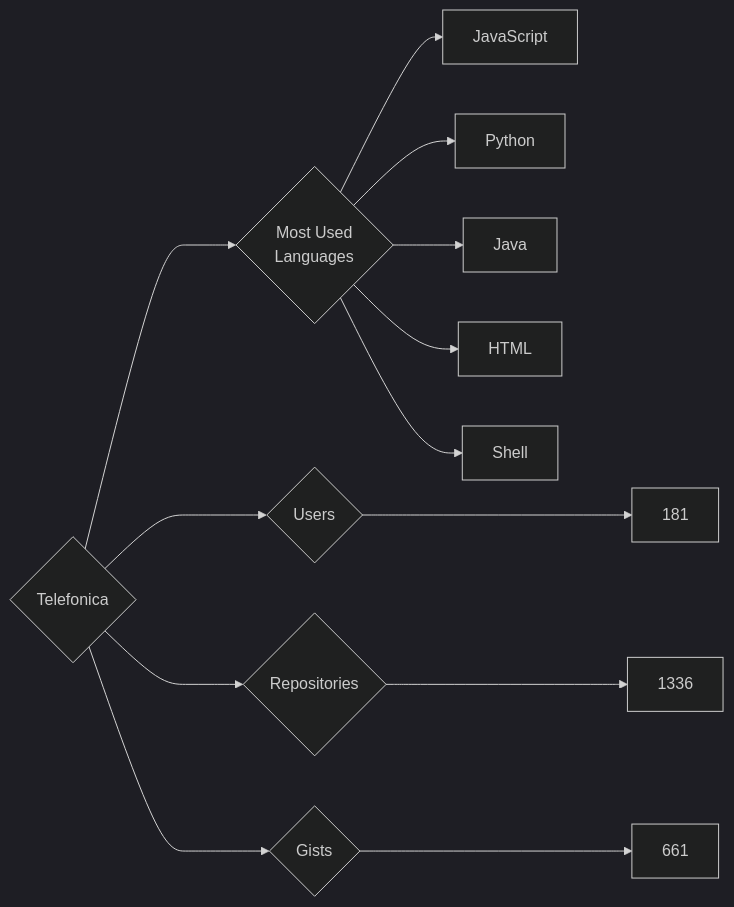
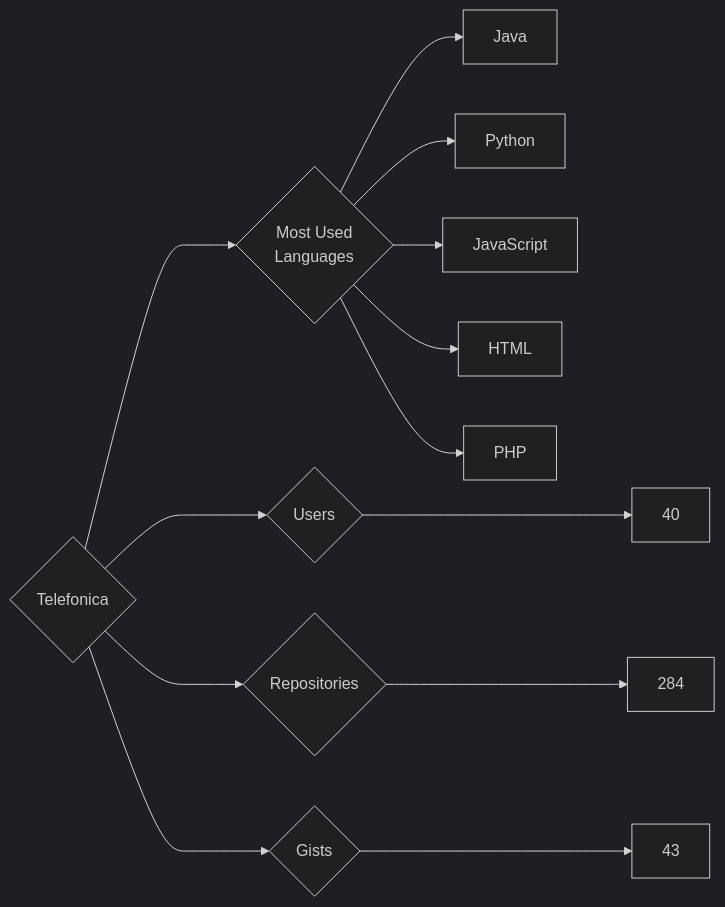
One commit to trickest/insiders changed the diagram in targets/Telefonica/README.md. Above: the diagram before and after it, drawn with Mermaid (dark theme). The commit also changed 829 other files, not shown here.

````diff
--- a/targets/Telefonica/README.md
+++ b/targets/Telefonica/README.md
@@ -3,13 +3,13 @@
 ```mermaid
 graph LR
 COMPANY_NAME{Telefonica}
-COMPANY_NAME ---> U{Users} ---> UN[181]
-COMPANY_NAME ---> R{Repositories} ---> RN[1336]
-COMPANY_NAME ---> G{Gists} ---> GN[661]
+COMPANY_NAME ---> U{Users} ---> UN[40]
+COMPANY_NAME ---> R{Repositories} ---> RN[284]
+COMPANY_NAME ---> G{Gists} ---> GN[43]
 COMPANY_NAME ---> ML{Most Used<br>Languages}
+ML --> Java[Java]
+ML --> Python[Python]
 ML --> JavaScript[JavaScript]
-ML --> Python[Python]
-ML --> Java[Java]
 ML --> HTML[HTML]
-ML --> Shell[Shell]
+ML --> PHP[PHP]
 ```
````
